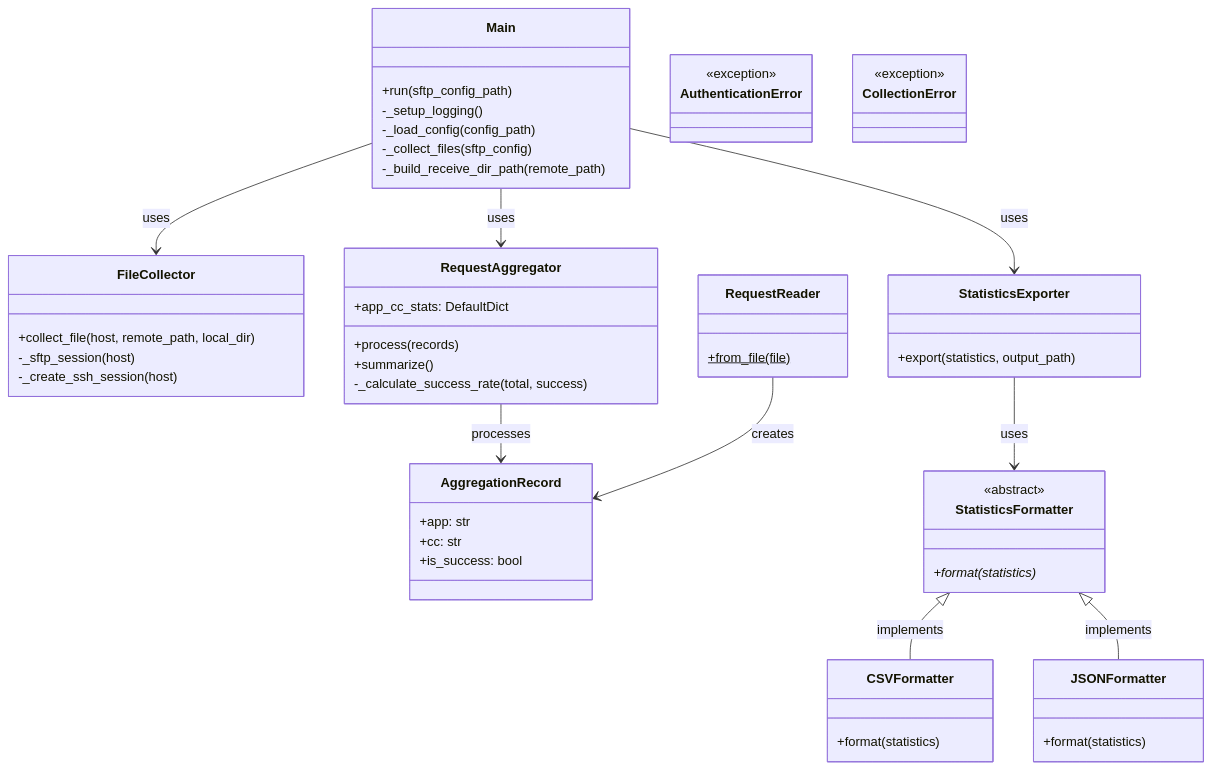
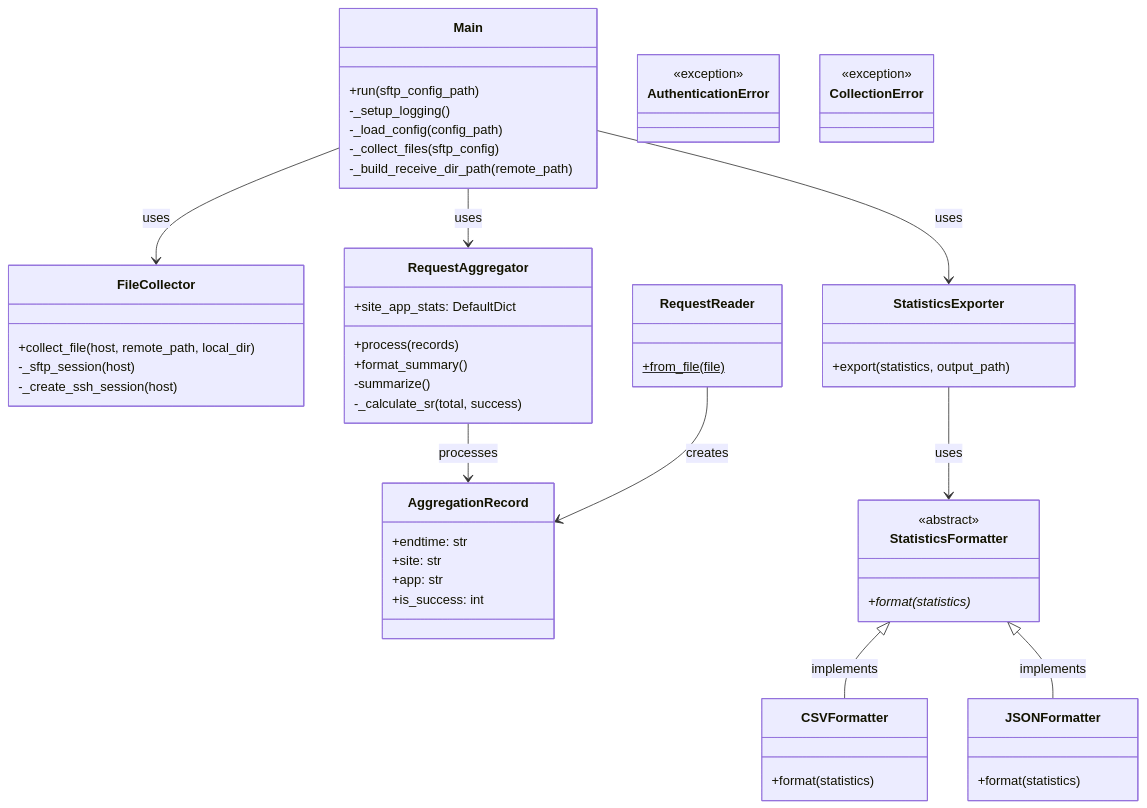
The diagram in GetAndCalc/doc/classDiagram.md (miyanew/learning), drawn with Mermaid before and after one commit. The commit also changed other lines of this file and 6 other files, not shown here.

````diff
--- a/GetAndCalc/doc/classDiagram.md
+++ b/GetAndCalc/doc/classDiagram.md
@@ -1,67 +3,69 @@
-```Mermaid
+```mermaid
 classDiagram
     class Main {
         +run(sftp_config_path)
         -_setup_logging()
         -_load_config(config_path)
         -_collect_files(sftp_config)
         -_build_receive_dir_path(remote_path)
     }
 
     class FileCollector {
         +collect_file(host, remote_path, local_dir)
         -_sftp_session(host)
         -_create_ssh_session(host)
     }
 
     class RequestReader {
         +from_file(file) $
     }
 
     class AggregationRecord {
+        +endtime: str
+        +site: str
         +app: str
-        +cc: str
-        +is_success: bool
+        +is_success: int
     }
 
     class RequestAggregator {
-        +app_cc_stats: DefaultDict
+        +site_app_stats: DefaultDict
         +process(records)
-        +summarize()
-        -_calculate_success_rate(total, success)
+        +format_summary()
+        -summarize()
+        -_calculate_sr(total, success)
     }
 
     class StatisticsFormatter {
         <<abstract>>
         +format(statistics) *
     }
 
     class CSVFormatter {
         +format(statistics)
     }
 
     class JSONFormatter {
         +format(statistics)
     }
 
     class StatisticsExporter {
         +export(statistics, output_path)
     }
 
     class AuthenticationError {
         <<exception>>
     }
 
     class CollectionError {
         <<exception>>
     }
 
     StatisticsFormatter <|-- CSVFormatter: implements
     StatisticsFormatter <|-- JSONFormatter: implements
     StatisticsExporter --> StatisticsFormatter: uses
     RequestAggregator --> AggregationRecord: processes
     RequestReader --> AggregationRecord: creates
     Main --> FileCollector: uses
     Main --> RequestAggregator: uses
     Main --> StatisticsExporter: uses
 ```
````
